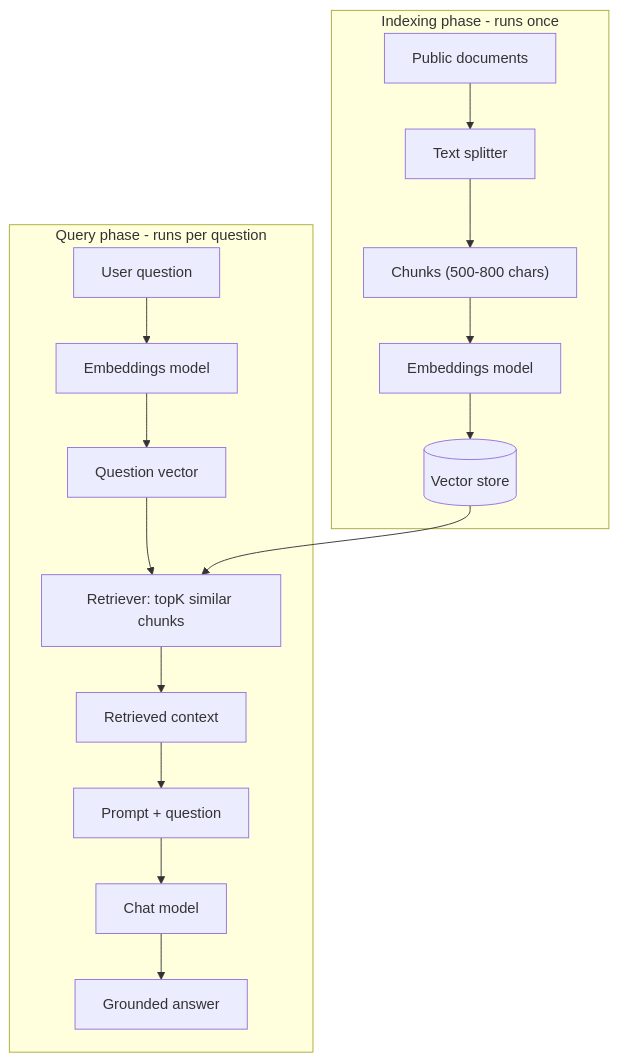
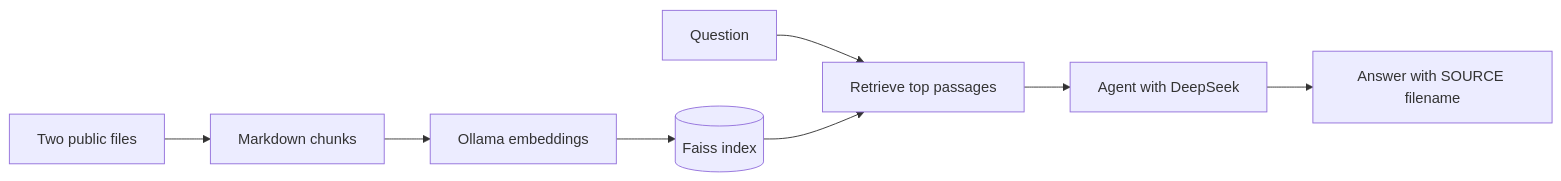
One commit to tulip-lab/agentic-AI-lab changed the diagram in M03-Context-Orchestration/Flowise/M03C-Flowise-RAG-Public-Unit-Docs.md. Above: the diagram before and after it, drawn with Mermaid. The commit also changed other lines of this file and 31 other files, not shown here.

Commit message:
docs(m03): rebuild English Flowise labs with verified examples

````diff
--- a/M03-Context-Orchestration/Flowise/M03C-Flowise-RAG-Public-Unit-Docs.md
+++ b/M03-Context-Orchestration/Flowise/M03C-Flowise-RAG-Public-Unit-Docs.md
@@ -37,19 +86,10 @@
-```mermaid
-flowchart TB
-    subgraph IDX["Indexing phase - runs once"]
-        A[Public documents] --> B[Text splitter]
-        B --> C["Chunks (500-800 chars)"]
-        C --> D[Embeddings model]
-        D --> E[(Vector store)]
-    end
-    subgraph QRY["Query phase - runs per question"]
-        F[User question] --> G[Embeddings model]
-        G --> H[Question vector]
-        H --> I["Retriever: topK similar chunks"]
-        E --> I
-        I --> J[Retrieved context]
-        J --> K[Prompt + question]
-        K --> L[Chat model]
-        L --> M[Grounded answer]
-    end
-```
+~~~mermaid
+flowchart LR
+    D[Two public files] --> S[Markdown chunks]
+    S --> E[Ollama embeddings]
+    E --> V[(Faiss index)]
+    Q[Question] --> R[Retrieve top passages]
+    V --> R
+    R --> A[Agent with DeepSeek]
+    A --> O[Answer with SOURCE filename]
+~~~
````
